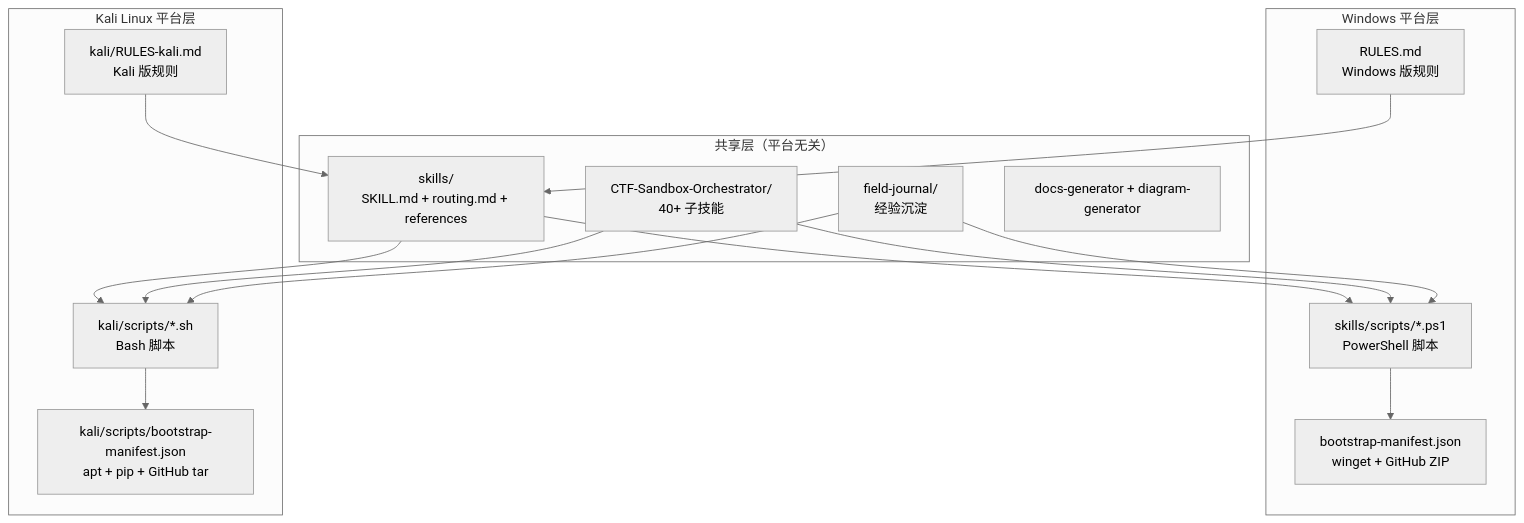
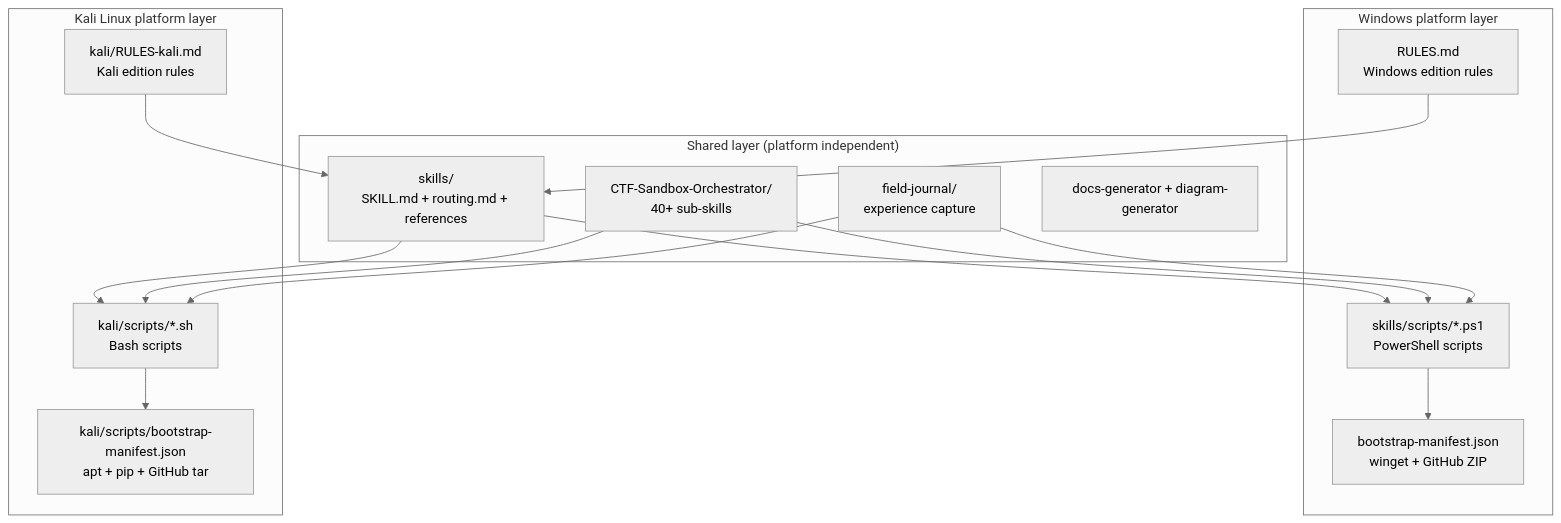
Before and after one commit to dbx0/skills: the sixth of 7 diagrams in skills/_infra/reverse-engineering-ctf-repo/ARCHITECTURE.md, drawn with Mermaid (neutral theme). The commit also changed other lines of this file and 172 other files, not shown here.

````diff
--- a/skills/_infra/reverse-engineering-ctf-repo/ARCHITECTURE.md
+++ b/skills/_infra/reverse-engineering-ctf-repo/ARCHITECTURE.md
@@ -172,31 +172,31 @@
 ```mermaid
 flowchart TD
-    subgraph 共享层["共享层（平台无关）"]
+    subgraph SharedLayer["Shared layer (platform independent)"]
         Skills[skills/<br/>SKILL.md + routing.md + references]
-        CTF[CTF-Sandbox-Orchestrator/<br/>40+ 子技能]
-        Journal[field-journal/<br/>经验沉淀]
+        CTF[CTF-Sandbox-Orchestrator/<br/>40+ sub-skills]
+        Journal[field-journal/<br/>experience capture]
         Docs[docs-generator + diagram-generator]
     end
 
-    subgraph Windows["Windows 平台层"]
-        WinScripts[skills/scripts/*.ps1<br/>PowerShell 脚本]
+    subgraph Windows["Windows platform layer"]
+        WinScripts[skills/scripts/*.ps1<br/>PowerShell scripts]
         WinManifest[bootstrap-manifest.json<br/>winget + GitHub ZIP]
-        WinRules[RULES.md<br/>Windows 版规则]
+        WinRules[RULES.md<br/>Windows edition rules]
     end
 
-    subgraph Kali["Kali Linux 平台层"]
-        KaliScripts[kali/scripts/*.sh<br/>Bash 脚本]
+    subgraph Kali["Kali Linux platform layer"]
+        KaliScripts[kali/scripts/*.sh<br/>Bash scripts]
         KaliManifest[kali/scripts/bootstrap-manifest.json<br/>apt + pip + GitHub tar]
-        KaliRules[kali/RULES-kali.md<br/>Kali 版规则]
+        KaliRules[kali/RULES-kali.md<br/>Kali edition rules]
     end
 
     Skills --> WinScripts & KaliScripts
     CTF --> WinScripts & KaliScripts
     Journal --> WinScripts & KaliScripts
 
     WinScripts --> WinManifest
     KaliScripts --> KaliManifest
 
     WinRules --> Skills
     KaliRules --> Skills
 ```
````
